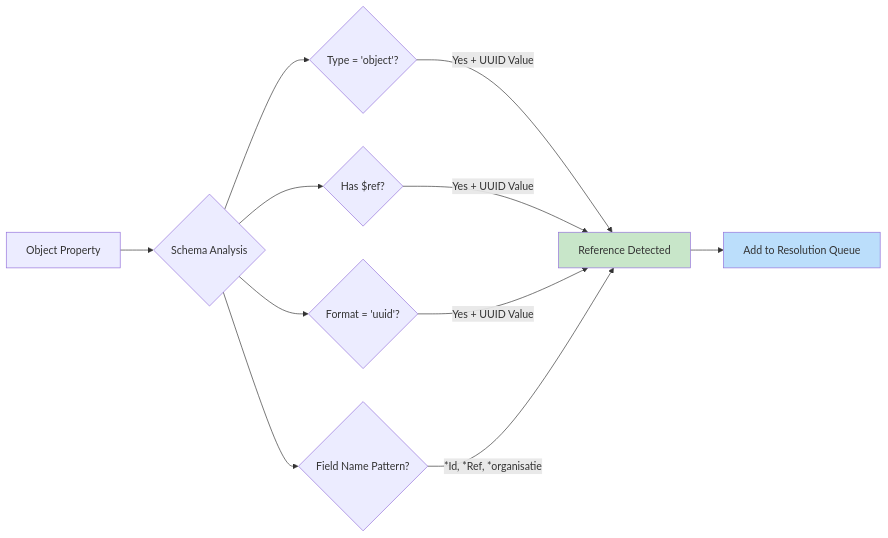
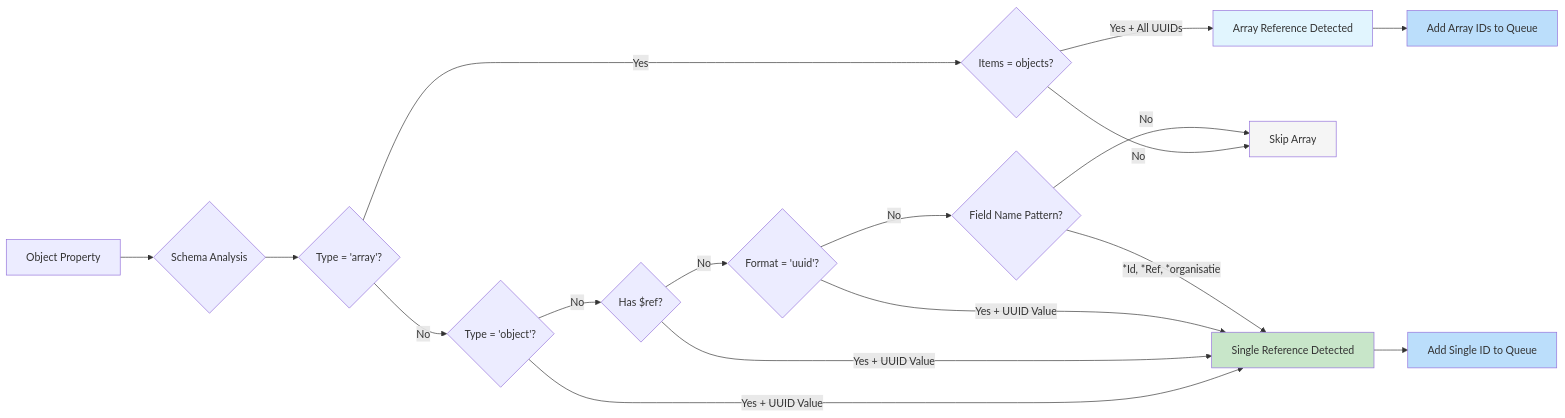
The third of 20 diagrams in docs/NAMES-CACHE-SYSTEM.md (ConductionNL/tilburg-woo-ui), drawn with Mermaid before and after one commit. The commit also changed other lines of this file and 7 other files, not shown here.

````diff
--- a/docs/NAMES-CACHE-SYSTEM.md
+++ b/docs/NAMES-CACHE-SYSTEM.md
@@ -95,21 +95,31 @@
 ```mermaid
 flowchart LR
     A[Object Property] --> B{Schema Analysis}
     
-    B --> C{Type = 'object'?}
-    C -->|Yes + UUID Value| D[Reference Detected]
+    B --> C{Type = 'array'?}
+    C -->|Yes| D{Items = objects?}
+    D -->|Yes + All UUIDs| E[Array Reference Detected]
+    D -->|No| F[Skip Array]
     
-    B --> E{Has $ref?}
-    E -->|Yes + UUID Value| D
+    C -->|No| G{Type = 'object'?}
+    G -->|Yes + UUID Value| H[Single Reference Detected]
     
-    B --> F{Format = 'uuid'?}
-    F -->|Yes + UUID Value| D
+    G -->|No| I{Has $ref?}
+    I -->|Yes + UUID Value| H
     
-    B --> G{Field Name Pattern?}
-    G -->|*Id, *Ref, *organisatie| D
+    I -->|No| J{Format = 'uuid'?}
+    J -->|Yes + UUID Value| H
     
-    D --> H[Add to Resolution Queue]
+    J -->|No| K{Field Name Pattern?}
+    K -->|*Id, *Ref, *organisatie| H
+    K -->|No| F
     
-    style D fill:#c8e6c9
-    style H fill:#bbdefb
+    E --> L[Add Array IDs to Queue]
+    H --> M[Add Single ID to Queue]
+    
+    style E fill:#e1f5fe
+    style H fill:#c8e6c9
+    style L fill:#bbdefb
+    style M fill:#bbdefb
+    style F fill:#f5f5f5
 ```
````
